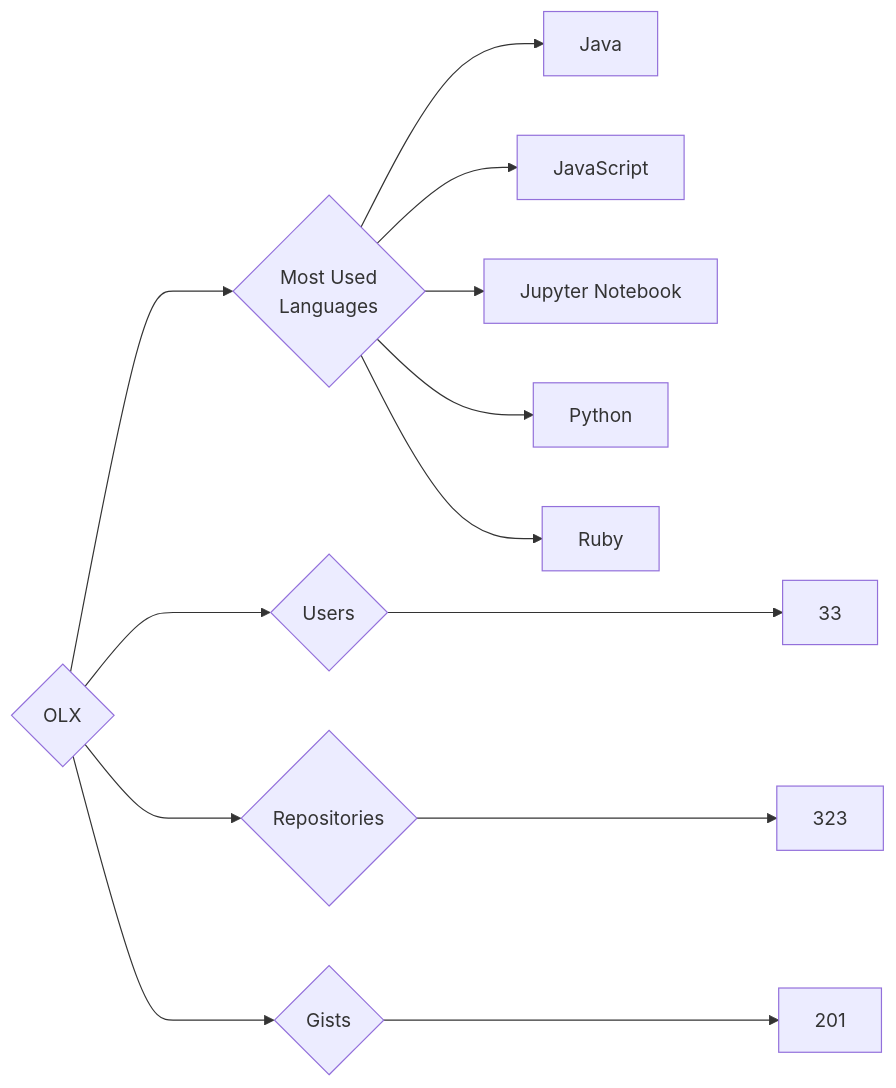
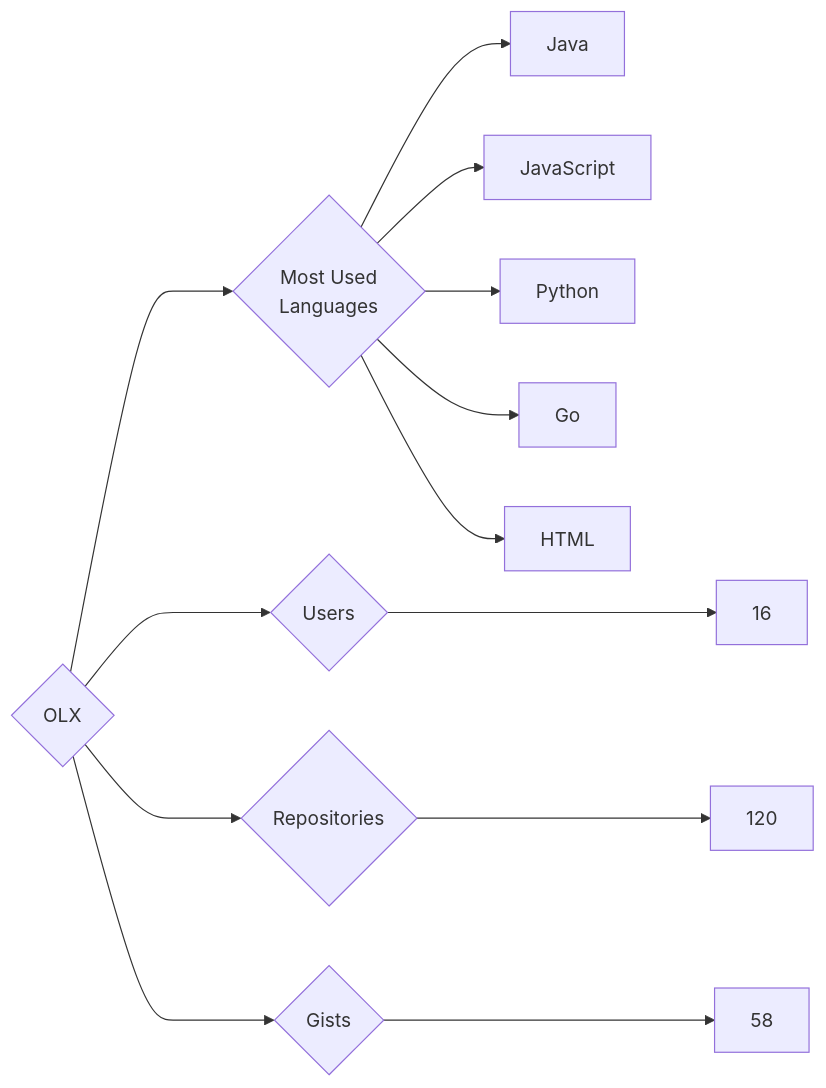
The diagram in targets/OLX/README.md (trickest/insiders), drawn with Mermaid before and after one commit. The commit also changed 995 other files, not shown here.

````diff
--- a/targets/OLX/README.md
+++ b/targets/OLX/README.md
@@ -3,13 +3,13 @@
 ```mermaid
 graph LR
 COMPANY_NAME{OLX}
-COMPANY_NAME ---> U{Users} ---> UN[33]
-COMPANY_NAME ---> R{Repositories} ---> RN[323]
-COMPANY_NAME ---> G{Gists} ---> GN[201]
+COMPANY_NAME ---> U{Users} ---> UN[16]
+COMPANY_NAME ---> R{Repositories} ---> RN[120]
+COMPANY_NAME ---> G{Gists} ---> GN[58]
 COMPANY_NAME ---> ML{Most Used<br>Languages}
 ML --> Java[Java]
 ML --> JavaScript[JavaScript]
-ML --> Jupyter_Notebook[Jupyter Notebook]
 ML --> Python[Python]
-ML --> Ruby[Ruby]
+ML --> Go[Go]
+ML --> HTML[HTML]
 ```
````
